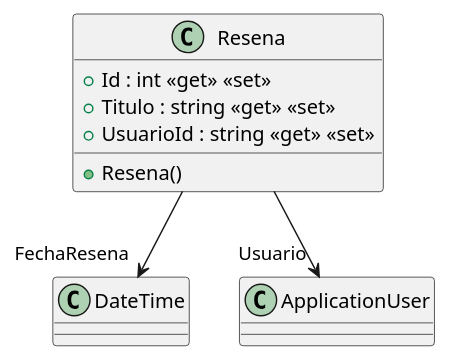
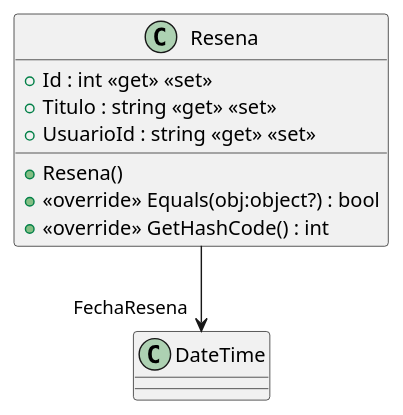
One commit to ISII2627NPA/ISII2627NPA changed the diagram in src/AppForSEII.API/ClassDiagram/Resena.puml. Above: the diagram before and after it, drawn with PlantUML. The commit also changed 2 other files, not shown here.

Commit message:
Arreglo de la clase Resena

```diff
--- a/src/AppForSEII.API/ClassDiagram/Resena.puml
+++ b/src/AppForSEII.API/ClassDiagram/Resena.puml
@@ -1,10 +1,11 @@
 @startuml
 class Resena {
+    + Resena()
     + Id : int <<get>> <<set>>
     + Titulo : string <<get>> <<set>>
     + UsuarioId : string <<get>> <<set>>
-    + Resena()
+    + <<override>> Equals(obj:object?) : bool
+    + <<override>> GetHashCode() : int
 }
 Resena --> "FechaResena" DateTime
-Resena --> "Usuario" ApplicationUser
 @enduml
```
